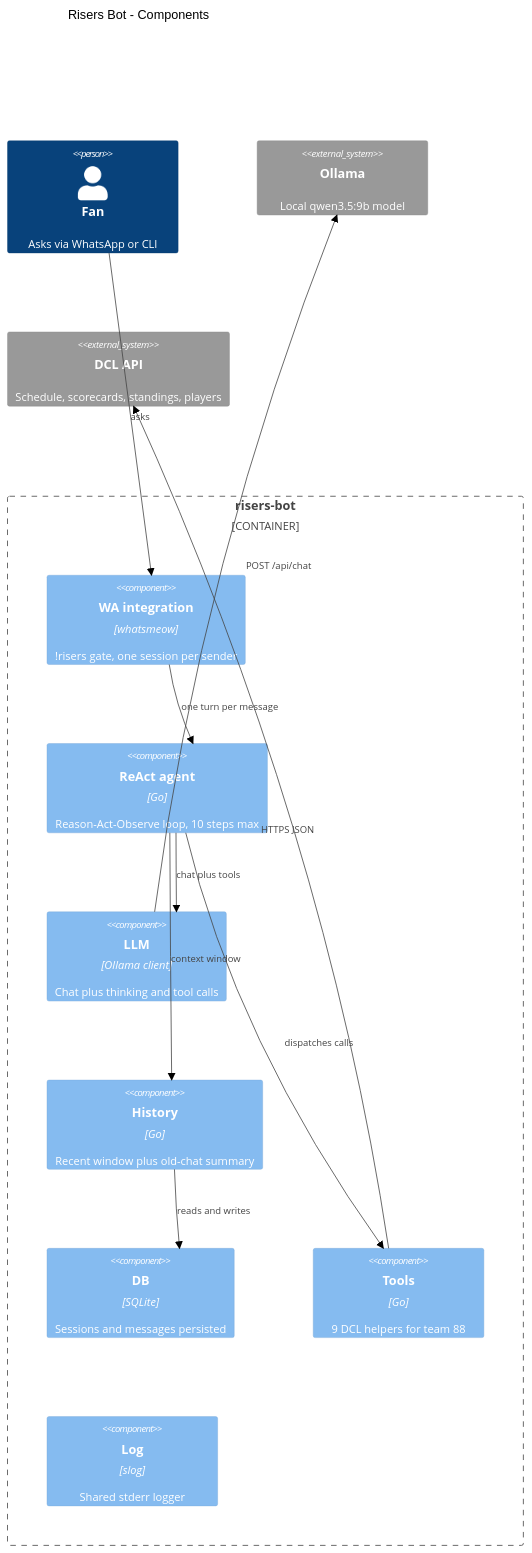
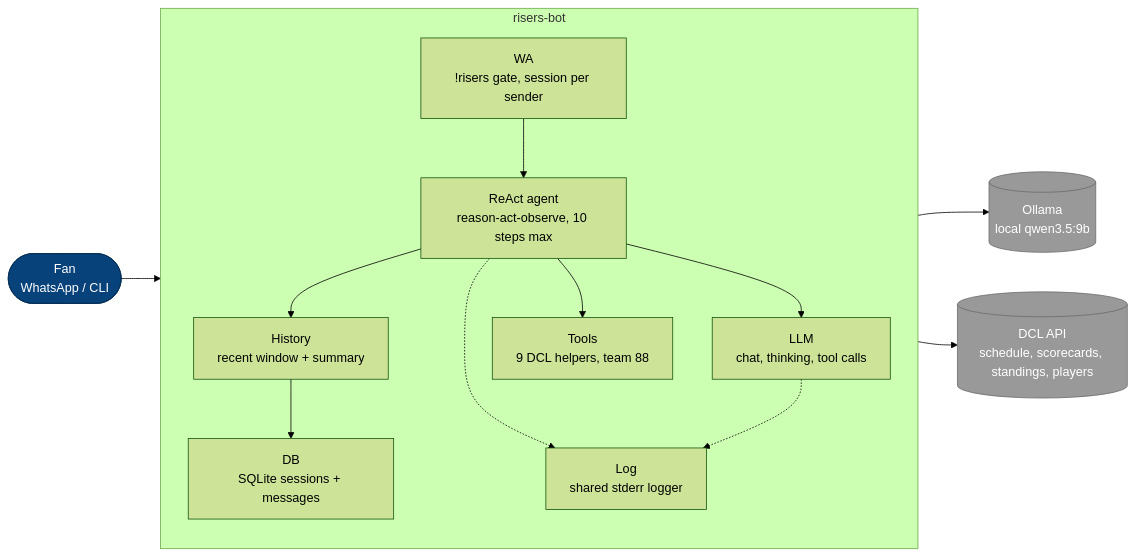
One commit to Zero2Infinity/risers-bot changed the diagram in README.md. Above: the diagram before and after it, drawn with Mermaid (forest theme).

Commit message:
docs(readme): flowchart design diagram that parses in VSCode and GitHub

````diff
--- a/README.md
+++ b/README.md
@@ -7,24 +7,27 @@
 ```mermaid
-C4Component
-title Risers Bot - Components
-Person(fan, "Fan", "Asks via WhatsApp or CLI")
-Container_Boundary(bot, "risers-bot") {
-    Component(wa, "WA integration", "whatsmeow", "!risers gate, one session per sender")
-    Component(react, "ReAct agent", "Go", "Reason-Act-Observe loop, 10 steps max")
-    Component(llmc, "LLM", "Ollama client", "Chat plus thinking and tool calls")
-    Component(hist, "History", "Go", "Recent window plus old-chat summary")
-    Component(dbc, "DB", "SQLite", "Sessions and messages persisted")
-    Component(tools, "Tools", "Go", "9 DCL helpers for team 88")
-    Component(logc, "Log", "slog", "Shared stderr logger")
-}
-System_Ext(ollama, "Ollama", "Local qwen3.5:9b model")
-System_Ext(dcl, "DCL API", "Schedule, scorecards, standings, players")
-Rel(fan, wa, "asks")
-Rel(wa, react, "one turn per message")
-Rel(react, hist, "context window")
-Rel(hist, dbc, "reads and writes")
-Rel(react, llmc, "chat plus tools")
-Rel(llmc, ollama, "POST /api/chat")
-Rel(react, tools, "dispatches calls")
-Rel(tools, dcl, "HTTPS JSON")
+flowchart LR
+    fan(["Fan<br/>WhatsApp / CLI"]) --> wa
+    subgraph bot["risers-bot"]
+        direction TB
+        wa["WA<br/>!risers gate, session per sender"]
+        react["ReAct agent<br/>reason-act-observe, 10 steps max"]
+        llmc["LLM<br/>chat, thinking, tool calls"]
+        hist["History<br/>recent window + summary"]
+        dbc["DB<br/>SQLite sessions + messages"]
+        tools["Tools<br/>9 DCL helpers, team 88"]
+        logc["Log<br/>shared stderr logger"]
+        wa --> react
+        react --> hist
+        hist --> dbc
+        react --> llmc
+        react --> tools
+        react -.-> logc
+        llmc -.-> logc
+    end
+    llmc --> ollama[("Ollama<br/>local qwen3.5:9b")]
+    tools --> dcl[("DCL API<br/>schedule, scorecards, standings, players")]
+    classDef person fill:#08427b,color:#fff,stroke:#052e56;
+    classDef ext fill:#999,color:#fff,stroke:#6b6b6b;
+    class fan person;
+    class ollama,dcl ext;
 ```
````
